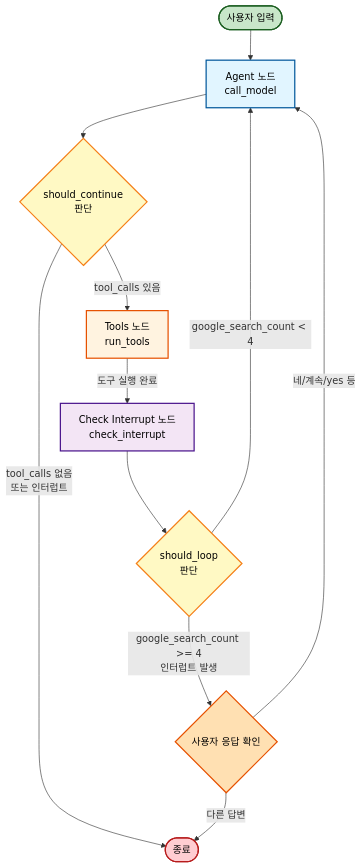
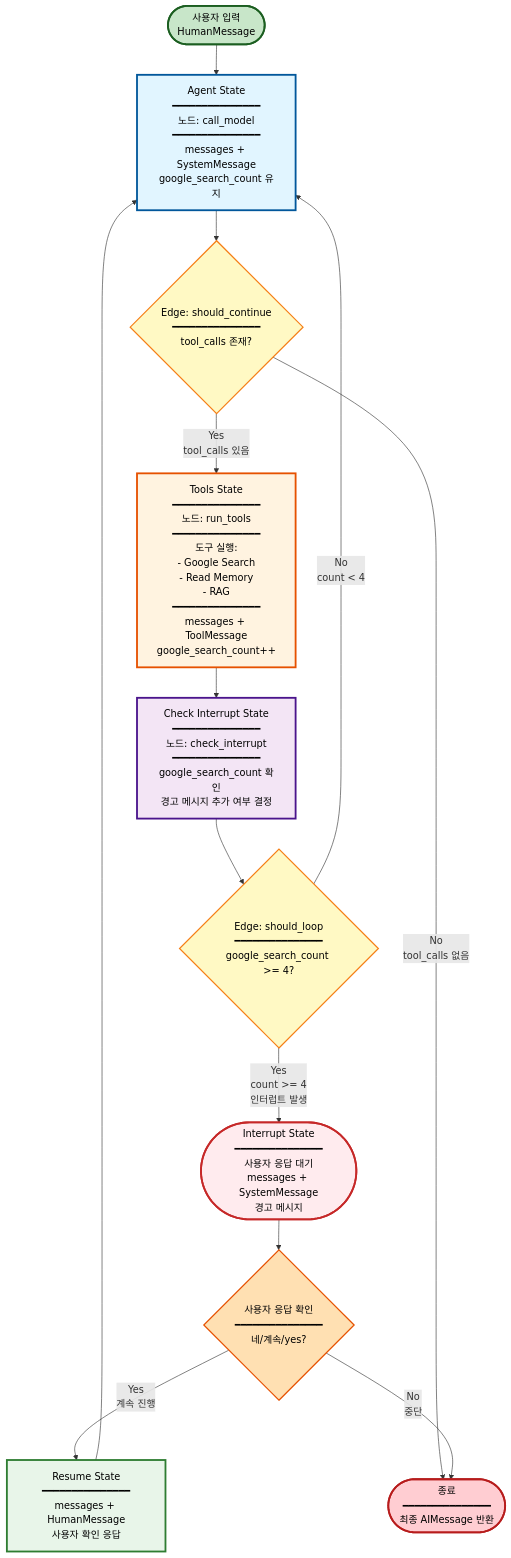
Before and after one commit to Mogoldong/final-project-AI: the diagram in README.md, drawn with Mermaid. The commit also changed other lines of this file, not shown here.

````diff
--- a/README.md
+++ b/README.md
@@ -7,28 +7,40 @@
 ```mermaid
 graph TD
-    Start([사용자 입력]) --> Agent[Agent 노드<br/>call_model]
+    Start([사용자 입력<br/>HumanMessage]) --> Agent
     
-    Agent --> Decision1{should_continue<br/>판단}
+    Agent[Agent State<br/>━━━━━━━━━━━━━━━<br/>노드: call_model<br/>━━━━━━━━━━━━━━━<br/>messages + SystemMessage<br/>google_search_count 유지]
     
-    Decision1 -->|tool_calls 있음| Tools[Tools 노드<br/>run_tools]
-    Decision1 -->|tool_calls 없음<br/>또는 인터럽트| End([종료])
+    Agent --> Decision1{Edge: should_continue<br/>━━━━━━━━━━━━━━━<br/>tool_calls 존재?}
     
-    Tools -->|도구 실행 완료| CheckInt[Check Interrupt 노드<br/>check_interrupt]
+    Decision1 -->|Yes<br/>tool_calls 있음| Tools
+    Decision1 -->|No<br/>tool_calls 없음| End([종료<br/>━━━━━━━━━━━━━━━<br/>최종 AIMessage 반환])
     
-    CheckInt --> Decision2{should_loop<br/>판단}
+    Tools[Tools State<br/>━━━━━━━━━━━━━━━<br/>노드: run_tools<br/>━━━━━━━━━━━━━━━<br/>도구 실행:<br/>- Google Search<br/>- Read Memory<br/>- RAG<br/>━━━━━━━━━━━━━━━<br/>messages + ToolMessage<br/>google_search_count++]
     
-    Decision2 -->|google_search_count < 4| Agent
-    Decision2 -->|google_search_count >= 4<br/>인터럽트 발생| WaitUser{사용자 응답 확인}
+    Tools --> CheckInt
     
-    WaitUser -->|네/계속/yes 등| Agent
-    WaitUser -->|다른 답변| End
+    CheckInt[Check Interrupt State<br/>━━━━━━━━━━━━━━━<br/>노드: check_interrupt<br/>━━━━━━━━━━━━━━━<br/>google_search_count 확인<br/>경고 메시지 추가 여부 결정]
     
-    style Agent fill:#e1f5ff,stroke:#01579b,stroke-width:2px,color:#000
-    style Tools fill:#fff3e0,stroke:#e65100,stroke-width:2px,color:#000
-    style CheckInt fill:#f3e5f5,stroke:#4a148c,stroke-width:2px,color:#000
+    CheckInt --> Decision2{Edge: should_loop<br/>━━━━━━━━━━━━━━━<br/>google_search_count >= 4?}
+    
+    Decision2 -->|No<br/>count < 4| Agent
+    Decision2 -->|Yes<br/>count >= 4<br/>인터럽트 발생| Interrupt([Interrupt State<br/>━━━━━━━━━━━━━━━<br/>사용자 응답 대기<br/>messages + SystemMessage<br/>경고 메시지])
+    
+    Interrupt --> WaitUser{사용자 응답 확인<br/>━━━━━━━━━━━━━━━<br/>네/계속/yes?}
+    
+    WaitUser -->|Yes<br/>계속 진행| Resume[Resume State<br/>━━━━━━━━━━━━━━━<br/>messages + HumanMessage<br/>사용자 확인 응답]
+    WaitUser -->|No<br/>중단| End
+    
+    Resume --> Agent
+    
+    style Agent fill:#e1f5ff,stroke:#01579b,stroke-width:3px,color:#000
+    style Tools fill:#fff3e0,stroke:#e65100,stroke-width:3px,color:#000
+    style CheckInt fill:#f3e5f5,stroke:#4a148c,stroke-width:3px,color:#000
     style Decision1 fill:#fff9c4,stroke:#f57f17,stroke-width:2px,color:#000
     style Decision2 fill:#fff9c4,stroke:#f57f17,stroke-width:2px,color:#000
+    style Interrupt fill:#ffebee,stroke:#c62828,stroke-width:3px,color:#000
     style WaitUser fill:#ffe0b2,stroke:#e65100,stroke-width:2px,color:#000
-    style Start fill:#c8e6c9,stroke:#1b5e20,stroke-width:2px,color:#000
-    style End fill:#ffcdd2,stroke:#b71c1c,stroke-width:2px,color:#000
+    style Resume fill:#e8f5e9,stroke:#2e7d32,stroke-width:3px,color:#000
+    style Start fill:#c8e6c9,stroke:#1b5e20,stroke-width:3px,color:#000
+    style End fill:#ffcdd2,stroke:#b71c1c,stroke-width:3px,color:#000
 ```
````
